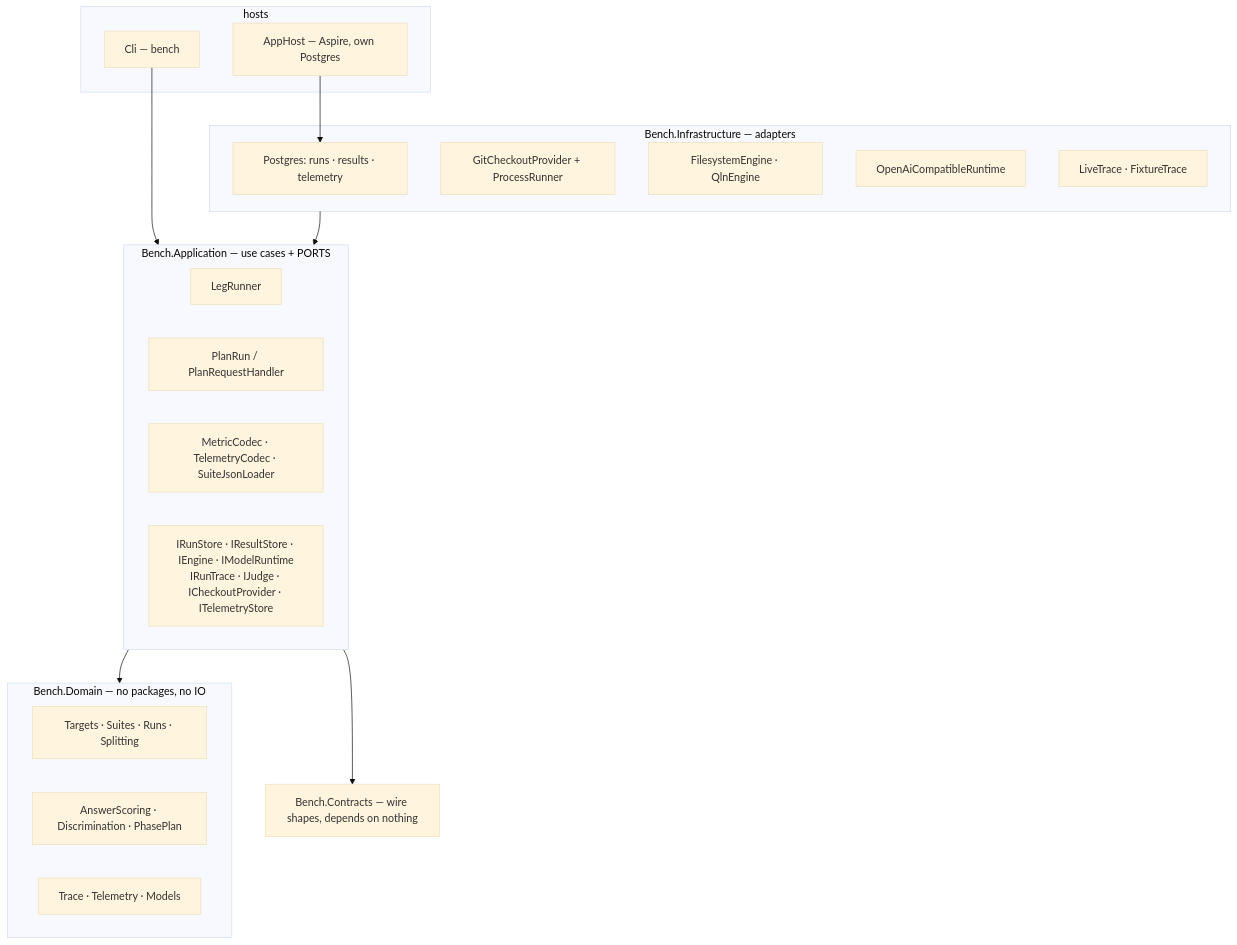
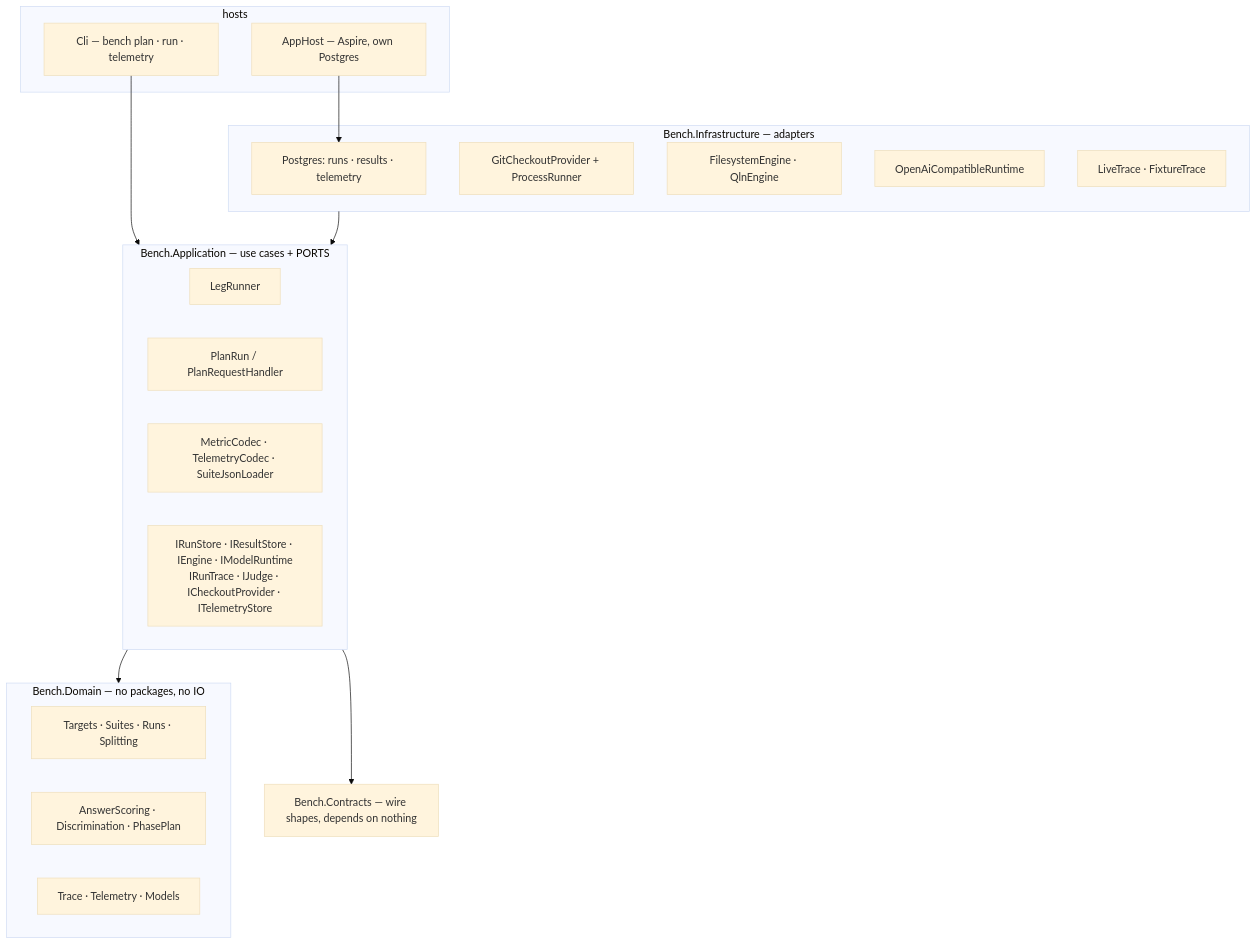
One commit to oleksandrdubyna88/dew_flow_benchmark changed the first of 2 diagrams in research/architecture.md. Above: the diagram before and after it, drawn with Mermaid (base theme). The commit also changed other lines of this file and 8 other files, not shown here.

````diff
--- a/research/architecture.md
+++ b/research/architecture.md
@@ -19,32 +19,32 @@
 ```mermaid
 flowchart TB
     subgraph hosts["hosts"]
-        cli["Cli — bench"]
+        cli["Cli — bench plan · run · telemetry"]
         apphost["AppHost — Aspire, own Postgres"]
     end
     subgraph app["Bench.Application — use cases + PORTS"]
         runner["LegRunner"]
         plan["PlanRun / PlanRequestHandler"]
         codecs["MetricCodec · TelemetryCodec · SuiteJsonLoader"]
         ports["IRunStore · IResultStore · IEngine · IModelRuntime<br/>IRunTrace · IJudge · ICheckoutProvider · ITelemetryStore"]
     end
     subgraph dom["Bench.Domain — no packages, no IO"]
         contract["Targets · Suites · Runs · Splitting"]
         scoring["AnswerScoring · Discrimination · PhasePlan"]
         obs["Trace · Telemetry · Models"]
     end
     subgraph infra["Bench.Infrastructure — adapters"]
         pg["Postgres: runs · results · telemetry"]
         git["GitCheckoutProvider + ProcessRunner"]
         eng["FilesystemEngine · QlnEngine"]
         rt["OpenAiCompatibleRuntime"]
         tr["LiveTrace · FixtureTrace"]
     end
     contracts["Bench.Contracts — wire shapes, depends on nothing"]
 
     cli --> app
     apphost --> pg
     app --> dom
     infra --> app
     app --> contracts
 ```
````
